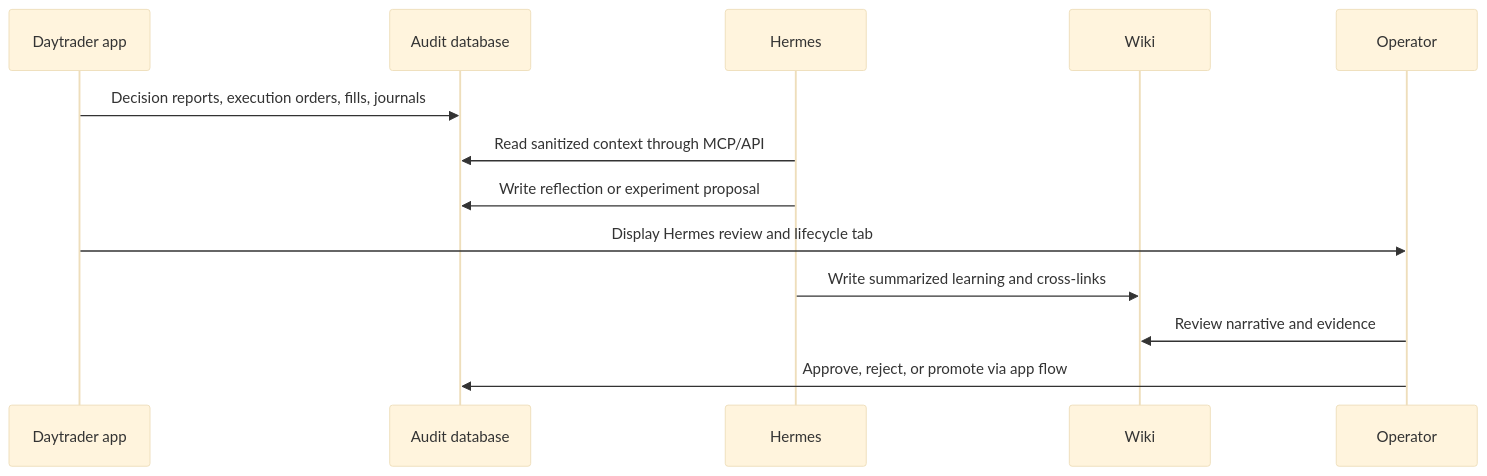
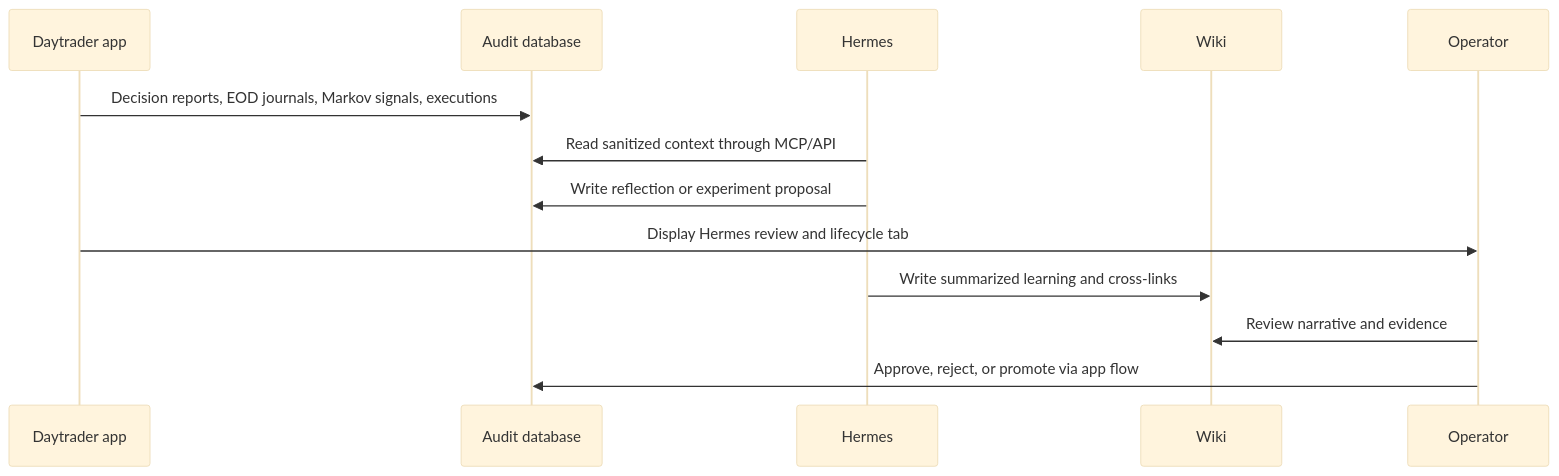
The diagram in wiki/concepts/hermes-self-improvement.md (simonellefsen/saxo-daytrader-rust), drawn with Mermaid (base theme) before and after one commit. The commit also changed other lines of this file and 6 other files, not shown here.

Commit message:
Expose reports and Markov signals to Hermes

````diff
--- a/wiki/concepts/hermes-self-improvement.md
+++ b/wiki/concepts/hermes-self-improvement.md
@@ -19,16 +19,16 @@
 ```mermaid
 sequenceDiagram
   participant D as Daytrader app
   participant DB as Audit database
   participant H as Hermes
   participant W as Wiki
   participant U as Operator
 
-  D->>DB: Decision reports, execution orders, fills, journals
+  D->>DB: Decision reports, EOD journals, Markov signals, executions
   H->>DB: Read sanitized context through MCP/API
   H->>DB: Write reflection or experiment proposal
   D->>U: Display Hermes review and lifecycle tab
   H->>W: Write summarized learning and cross-links
   U->>W: Review narrative and evidence
   U->>DB: Approve, reject, or promote via app flow
 ```
````
